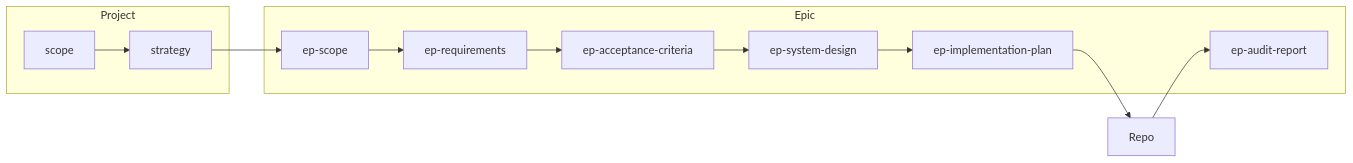
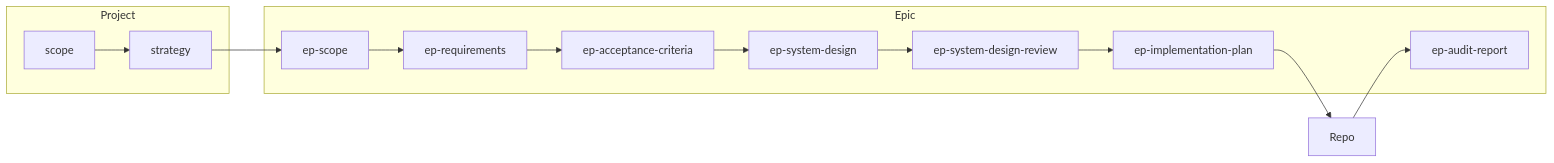
Before and after one commit to asubbot/personal-assistant: the second of 2 diagrams in ai-sdlc/specification/pipeline.spec.md, drawn with Mermaid. The commit also changed other lines of this file and 31 other files, not shown here.

````diff
--- a/ai-sdlc/specification/pipeline.spec.md
+++ b/ai-sdlc/specification/pipeline.spec.md
@@ -86,17 +92,18 @@
 ```mermaid
 flowchart LR
   subgraph project [Project]
     scope[scope]
     strategy[strategy]
   end
   subgraph epic [Epic]
     ep_scope[ep-scope]
     ep_req[ep-requirements]
     ep_ac[ep-acceptance-criteria]
     ep_design[ep-system-design]
+    ep_rev[ep-system-design-review]
     ep_impl[ep-implementation-plan]
     ep_audit[ep-audit-report]
   end
-  scope --> strategy --> ep_scope --> ep_req --> ep_ac --> ep_design --> ep_impl --> repo[Repo]
+  scope --> strategy --> ep_scope --> ep_req --> ep_ac --> ep_design --> ep_rev --> ep_impl --> repo[Repo]
   repo --> ep_audit
 ```
````
